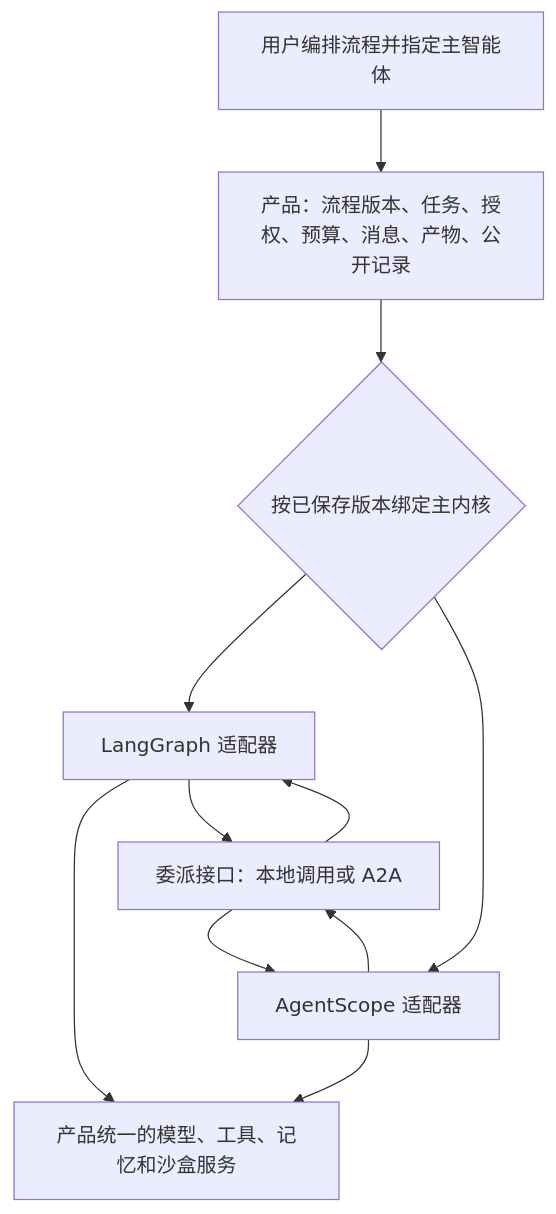
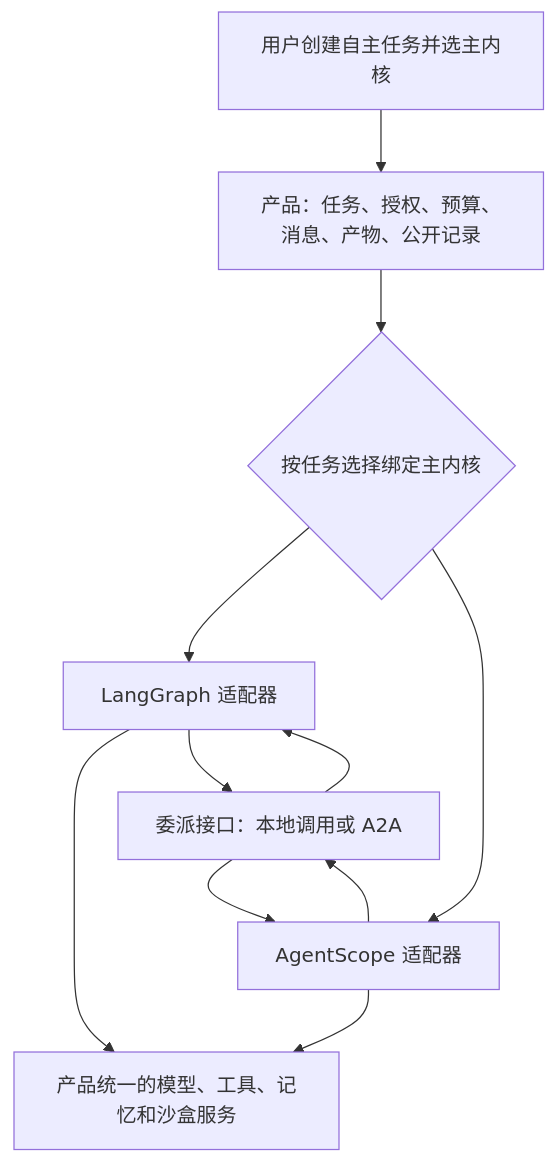
Before and after one commit to zhangtianhong-1998/xuanyue-data-agent: the diagram in docs/architecture/01-candidate-architecture.md, drawn with Mermaid. The commit also changed other lines of this file and 12 other files, not shown here.

````diff
--- a/docs/architecture/01-candidate-architecture.md
+++ b/docs/architecture/01-candidate-architecture.md
@@ -13,13 +13,13 @@
 ```mermaid
 flowchart TD
-  U[用户编排流程并指定主智能体] --> H[产品：流程版本、任务、授权、预算、消息、产物、公开记录]
-  H --> K{按已保存版本绑定主内核}
+  U[用户创建自主任务并选主内核] --> H[产品：任务、授权、预算、消息、产物、公开记录]
+  H --> K{按任务选择绑定主内核}
   K --> L[LangGraph 适配器]
   K --> A[AgentScope 适配器]
   L --> P[产品统一的模型、工具、记忆和沙盒服务]
   A --> P
   L --> D[委派接口：本地调用或 A2A]
   A --> D
   D --> L
   D --> A
 ```
````
